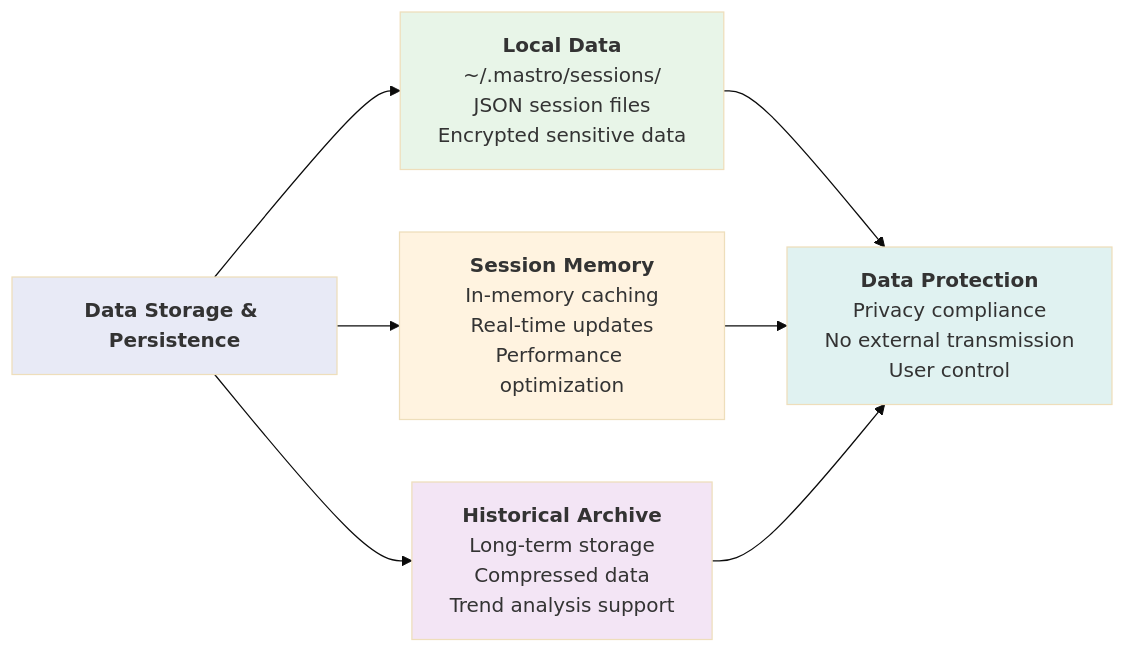
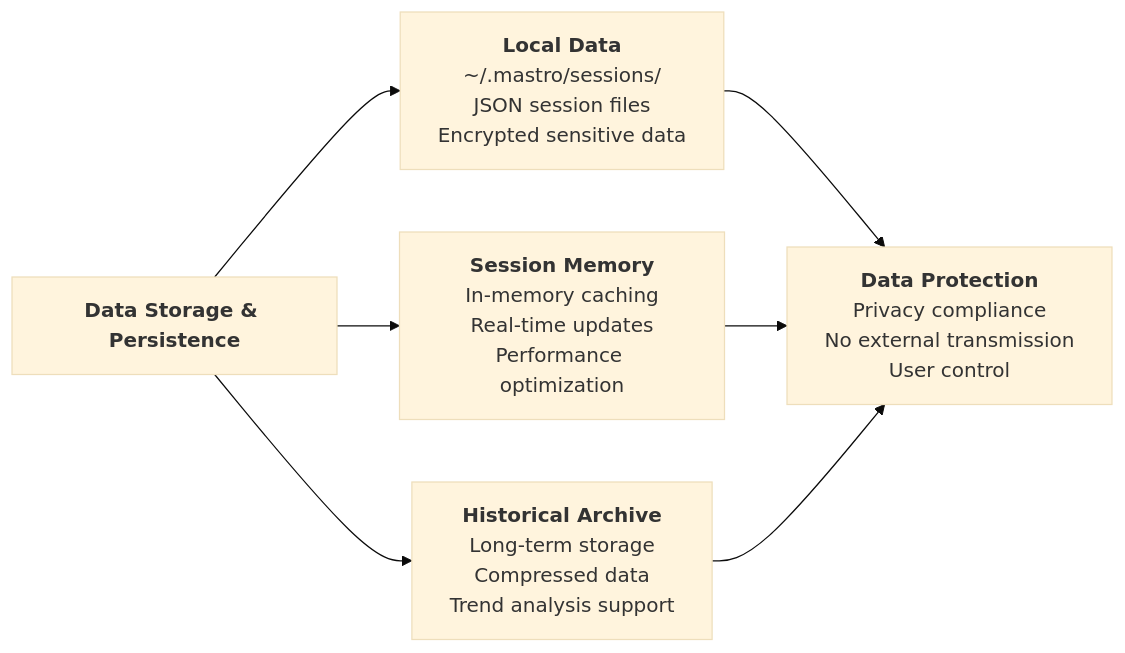
Before and after one commit to geogoesbeepboop/mastro: the ninth of 9 diagrams in docs/diagrams/mastro-analytics-flow.md, drawn with Mermaid (base theme). The commit also changed other lines of this file and 5 other files, not shown here.

First line of the commit message:
docs: update analytics and flow diagrams for clarity

````diff
--- a/docs/diagrams/mastro-analytics-flow.md
+++ b/docs/diagrams/mastro-analytics-flow.md
@@ -443,31 +459,33 @@
 ```mermaid
+
 graph LR
     DSP["`**Data Storage & Persistence**`"] --> LD["`**Local Data**
     ~/.mastro/sessions/
     JSON session files
     Encrypted sensitive data`"]
     
     DSP --> SM["`**Session Memory**
     In-memory caching
     Real-time updates
     Performance optimization`"]
     
     DSP --> HA["`**Historical Archive**
     Long-term storage
     Compressed data
     Trend analysis support`"]
     
     LD --> DP["`**Data Protection**
     Privacy compliance
     No external transmission
     User control`"]
     
     SM --> DP
     HA --> DP
 
-    style DSP fill:#e8eaf6
-    style LD fill:#e8f5e8
-    style SM fill:#fff3e0
-    style HA fill:#f3e5f5
-    style DP fill:#e0f2f1
+    style DSP fill:#e8eaf6 color:#000000
+    style LD fill:#e8f5e8 color:#000000
+    style SM fill:#fff3e0 color:#000000
+    style HA fill:#f3e5f5 color:#000000
+    style DP fill:#e0f2f1 color:#000000
+
 ```
````
